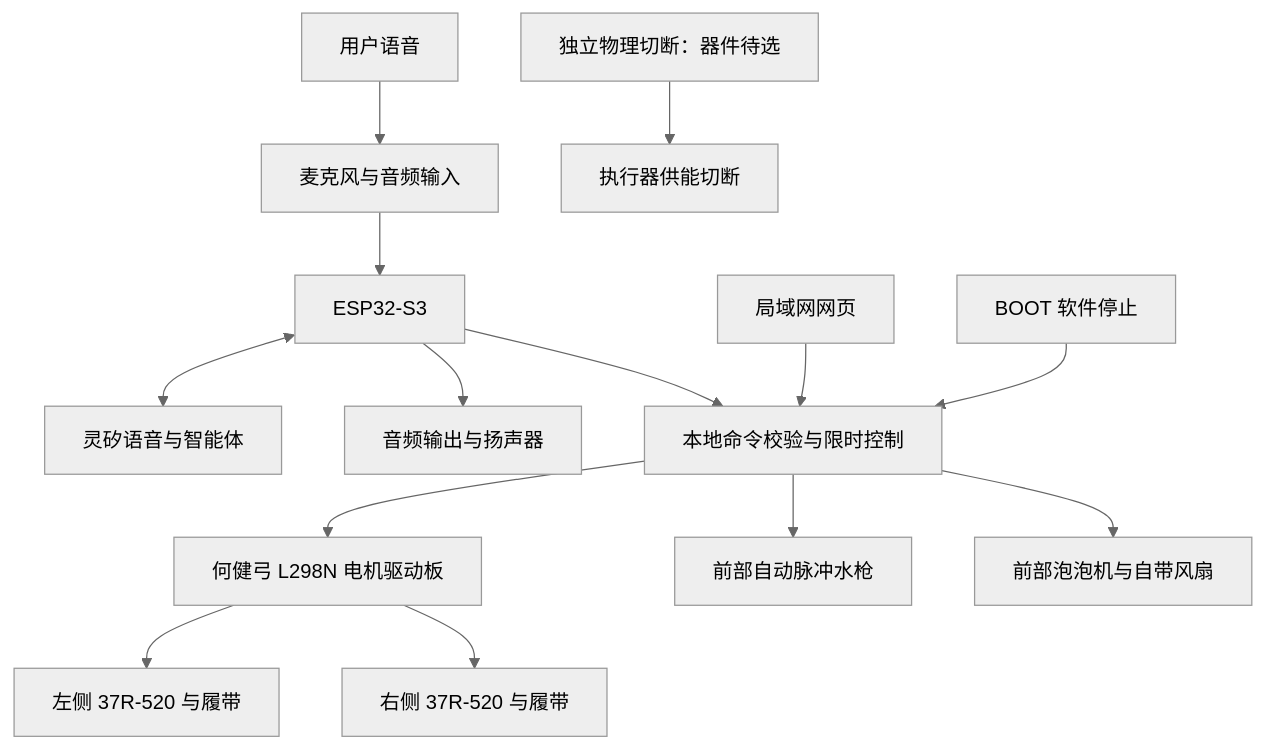
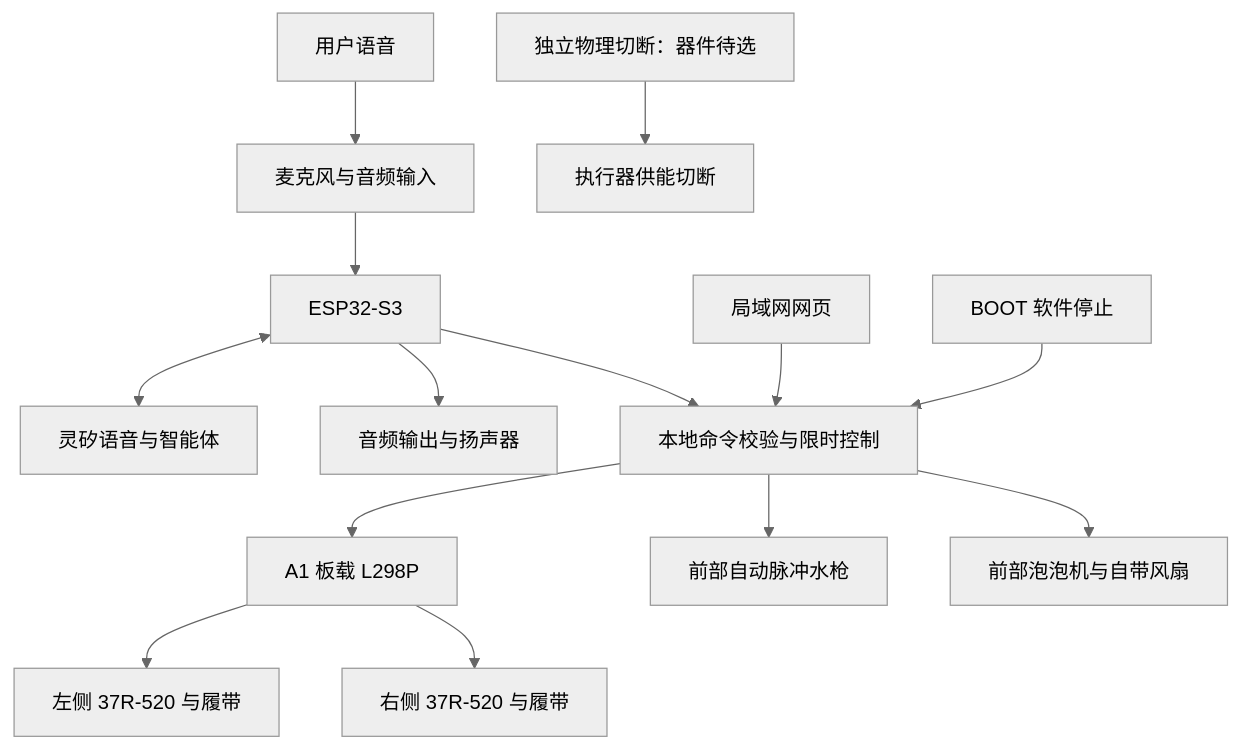
The diagram in docs/architecture.md (miclle/cybertrack), drawn with Mermaid (neutral theme) before and after one commit. The commit also changed other lines of this file and 50 other files, not shown here.

````diff
--- a/docs/architecture.md
+++ b/docs/architecture.md
@@ -11,16 +13,16 @@
 ```mermaid
 flowchart TD
   U[用户语音] --> MIC[麦克风与音频输入]
   MIC --> MCU[ESP32-S3]
   MCU <--> CLOUD[灵矽语音与智能体]
   MCU --> AUDIO[音频输出与扬声器]
   WEB[局域网网页] --> GATE
   MCU --> GATE[本地命令校验与限时控制]
   STOP[BOOT 软件停止] --> GATE
   SW2[独立物理切断：器件待选] --> CUT[执行器供能切断]
-  GATE --> DRIVE[何健弓 L298N 电机驱动板]
+  GATE --> DRIVE[A1 板载 L298P]
   DRIVE --> L[左侧 37R-520 与履带]
   DRIVE --> R[右侧 37R-520 与履带]
   GATE --> WATER[前部自动脉冲水枪]
   GATE --> BUBBLE[前部泡泡机与自带风扇]
 ```
````
